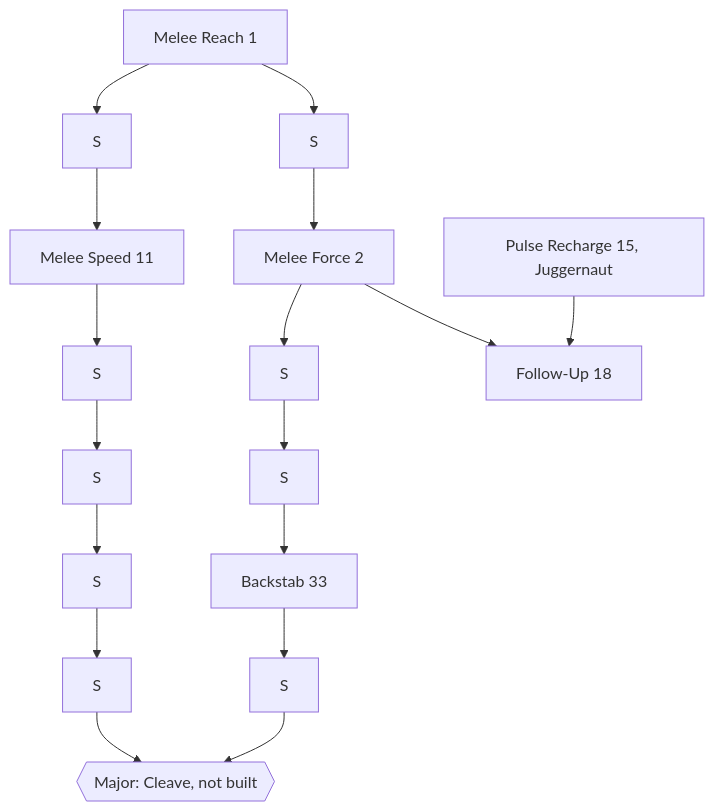
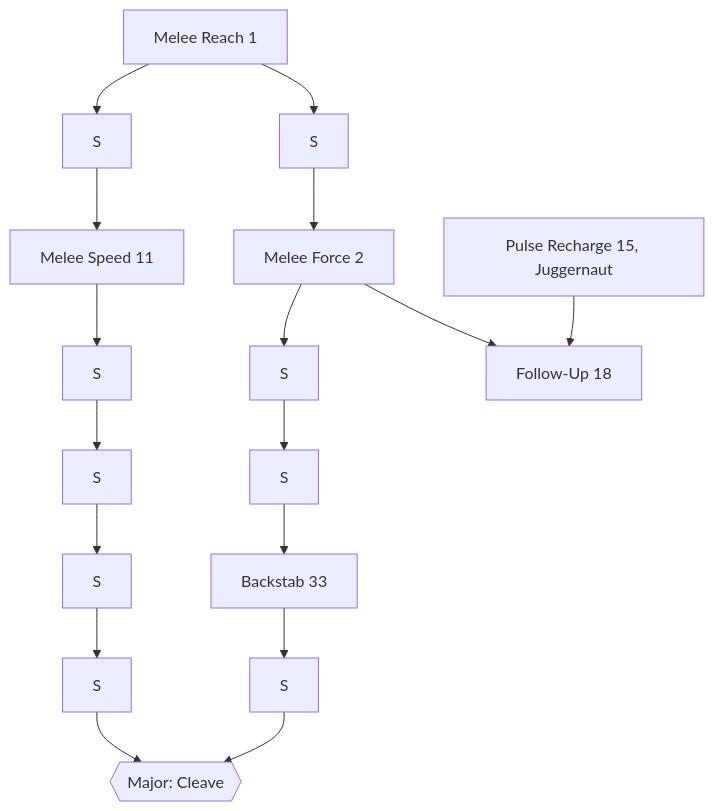
The fourth of 8 diagrams in docs/SKILL_TREE.md (ac95git/hl1-shock), drawn with Mermaid before and after one commit. The commit also changed other lines of this file and 22 other files, not shown here.

````diff
--- a/docs/SKILL_TREE.md
+++ b/docs/SKILL_TREE.md
@@ -225,9 +225,9 @@
 ```mermaid
 graph TD
   MR[Melee Reach 1] --> S1[S] --> MS[Melee Speed 11] --> S3[S] --> S5[S] --> S7[S] --> S8[S]
   MR --> S2[S] --> MF[Melee Force 2] --> S4[S] --> S6[S] --> BS[Backstab 33] --> S9[S]
   MF --> FU[Follow-Up 18]
   PR[Pulse Recharge 15, Juggernaut] --> FU
-  S8 --> CL{{"Major: Cleave, not built"}}
+  S8 --> CL{{"Major: Cleave"}}
   S9 --> CL
 ```
````
